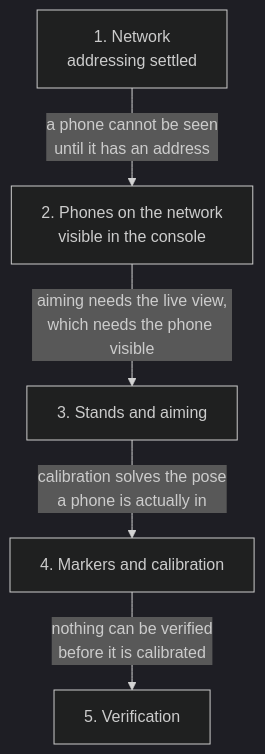
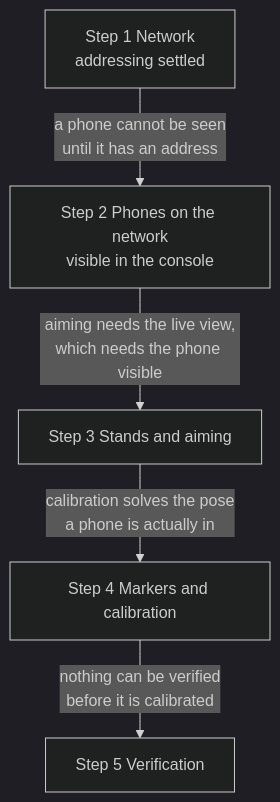
One commit to AristidesAI/TDStage-Docs changed the first of 3 diagrams in operations/get-in.md. Above: the diagram before and after it, drawn with Mermaid (dark theme). The commit also changed 3 other files, not shown here.

````diff
--- a/operations/get-in.md
+++ b/operations/get-in.md
@@ -19,13 +19,13 @@
 ```mermaid
 flowchart TD
-  N["1. Network<br/>addressing settled"]
-  P["2. Phones on the network<br/>visible in the console"]
-  S["3. Stands and aiming"]
-  M["4. Markers and calibration"]
-  V["5. Verification"]
+  N["Step 1 Network<br/>addressing settled"]
+  P["Step 2 Phones on the network<br/>visible in the console"]
+  S["Step 3 Stands and aiming"]
+  M["Step 4 Markers and calibration"]
+  V["Step 5 Verification"]
 
   N -- "a phone cannot be seen<br/>until it has an address" --> P
   P -- "aiming needs the live view,<br/>which needs the phone visible" --> S
   S -- "calibration solves the pose<br/>a phone is actually in" --> M
   M -- "nothing can be verified<br/>before it is calibrated" --> V
 ```
````
